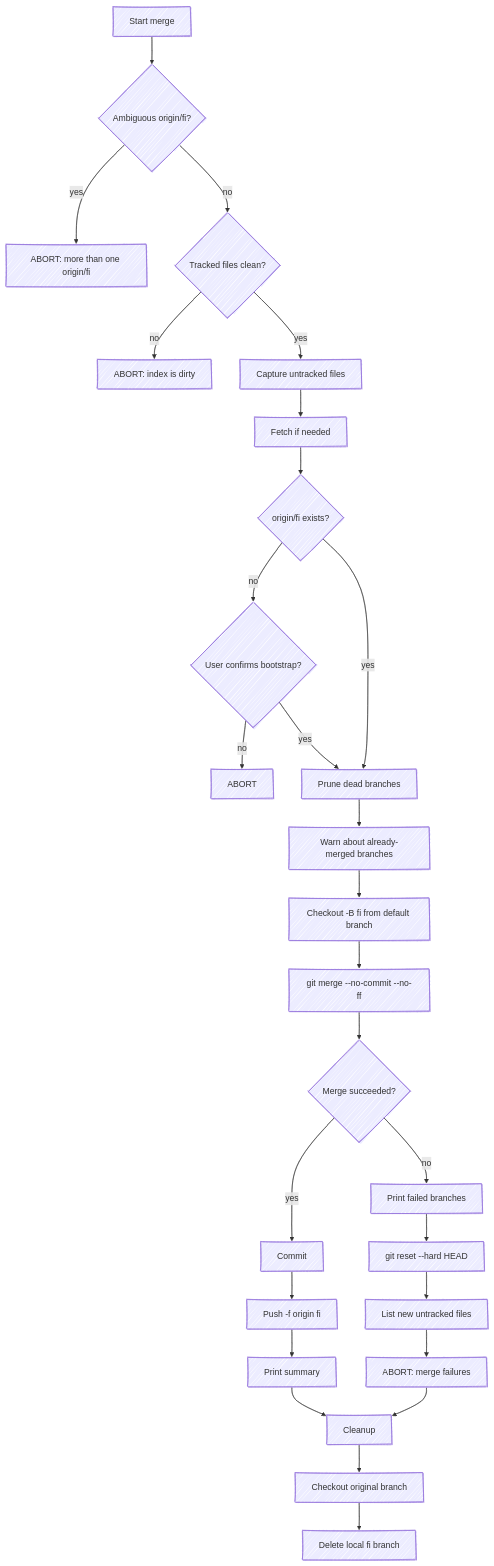
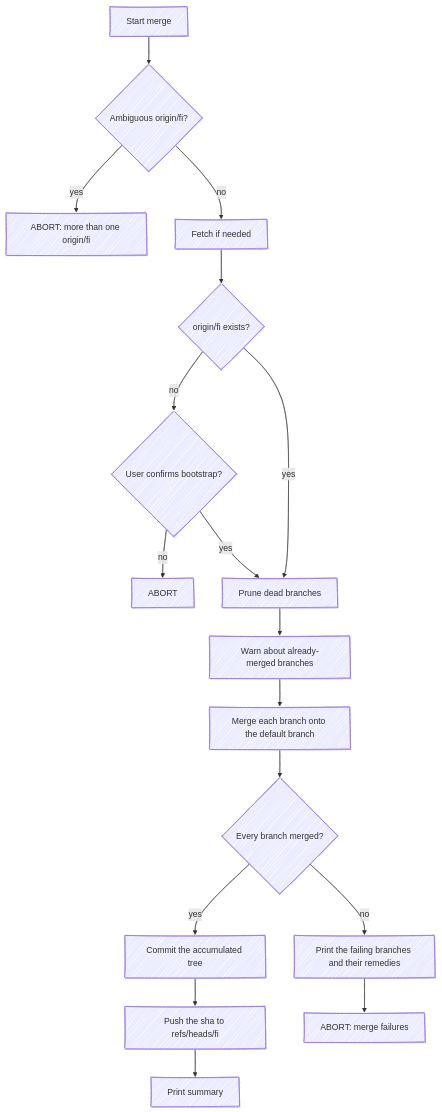
The third of 3 diagrams in SPEC.md (gettyimages/git-fi), drawn with Mermaid before and after one commit. The commit also changed other lines of this file and 12 other files, not shown here.

````diff
--- a/SPEC.md
+++ b/SPEC.md
@@ -345,30 +343,20 @@
 ```mermaid
 %%{ init: { 'look': 'handDrawn' } }%%
 flowchart TD
     A[Start merge] --> B{Ambiguous origin/fi?}
-    B -- yes --> B1[ABORT: more than one origin/fi]
-    B -- no --> C{Tracked files clean?}
-    C -- no --> C1[ABORT: index is dirty]
-    C -- yes --> D[Capture untracked files]
-    D --> E[Fetch if needed]
-    E --> F{origin/fi exists?}
-    F -- no --> G{User confirms bootstrap?}
-    G -- no --> G1[ABORT]
-    G -- yes --> H[Prune dead branches]
-    F -- yes --> H
+    B -- yes --> C[ABORT: more than one origin/fi]
+    B -- no --> D[Fetch if needed]
+    D --> E{origin/fi exists?}
+    E -- no --> F{User confirms bootstrap?}
+    F -- no --> G[ABORT]
+    F -- yes --> H[Prune dead branches]
+    E -- yes --> H
     H --> I[Warn about already-merged branches]
-    I --> J[Checkout -B fi from default branch]
-    J --> K[git merge --no-commit --no-ff]
-    K --> L{Merge succeeded?}
-    L -- yes --> M[Commit]
-    M --> N[Push -f origin fi]
-    N --> O[Print summary]
-    L -- no --> P[Print failed branches]
-    P --> Q[git reset --hard HEAD]
-    Q --> R[List new untracked files]
-    R --> S[ABORT: merge failures]
-    O --> T[Cleanup]
-    S --> T
-    T --> U[Checkout original branch]
-    U --> V[Delete local fi branch]
+    I --> J[Merge each branch onto the default branch]
+    J --> K{Every branch merged?}
+    K -- yes --> L[Commit the accumulated tree]
+    L --> M[Push the sha to refs/heads/fi]
+    M --> N[Print summary]
+    K -- no --> O[Print the failing branches and their remedies]
+    O --> P[ABORT: merge failures]
 ```
````
